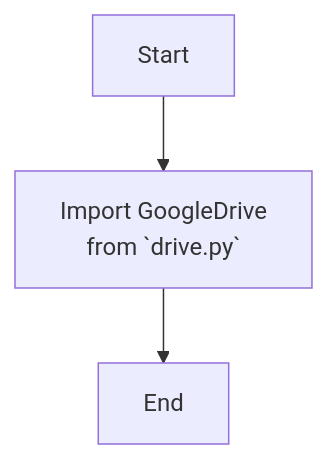
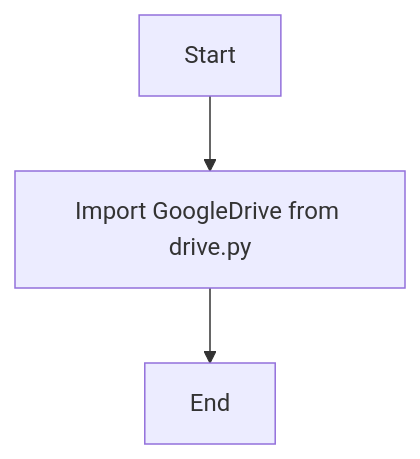
Before and after one commit to hypo69/hypo: the diagram in docs/gemini/ru/explainer/src/goog/drive/__init__.py.md, drawn with Mermaid. The commit also changed other lines of this file and 1505 other files, not shown here.

````diff
--- a/docs/gemini/ru/explainer/src/goog/drive/__init__.py.md
+++ b/docs/gemini/ru/explainer/src/goog/drive/__init__.py.md
@@ -11,5 +11,5 @@
 ```mermaid
 flowchart TD
-    Start --> Import_GoogleDrive[Import GoogleDrive <br> from `drive.py`];
-    Import_GoogleDrive --> End;
+    Start --> Import_GoogleDrive[Import GoogleDrive from drive.py]
+    Import_GoogleDrive --> End
 ```
````
